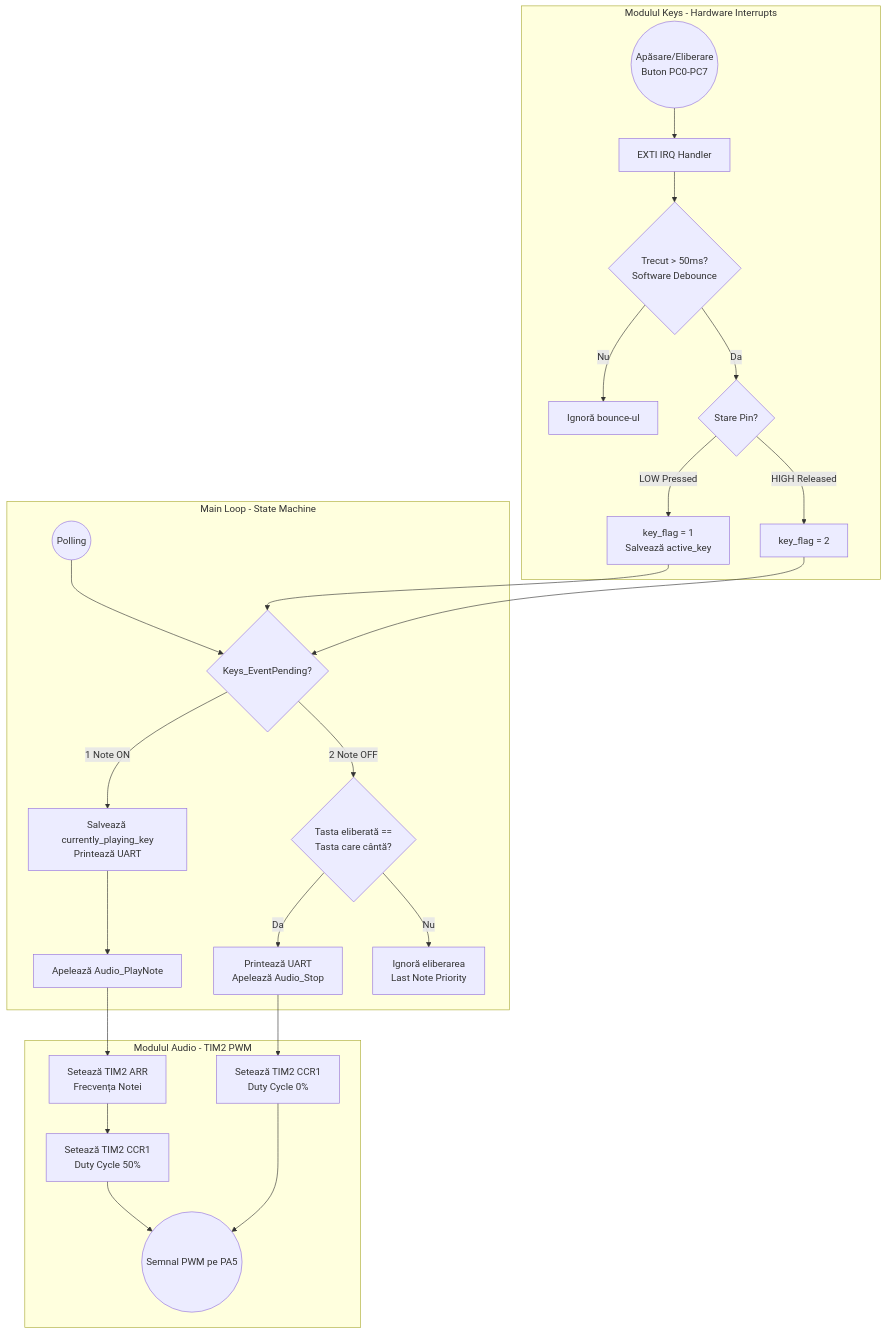
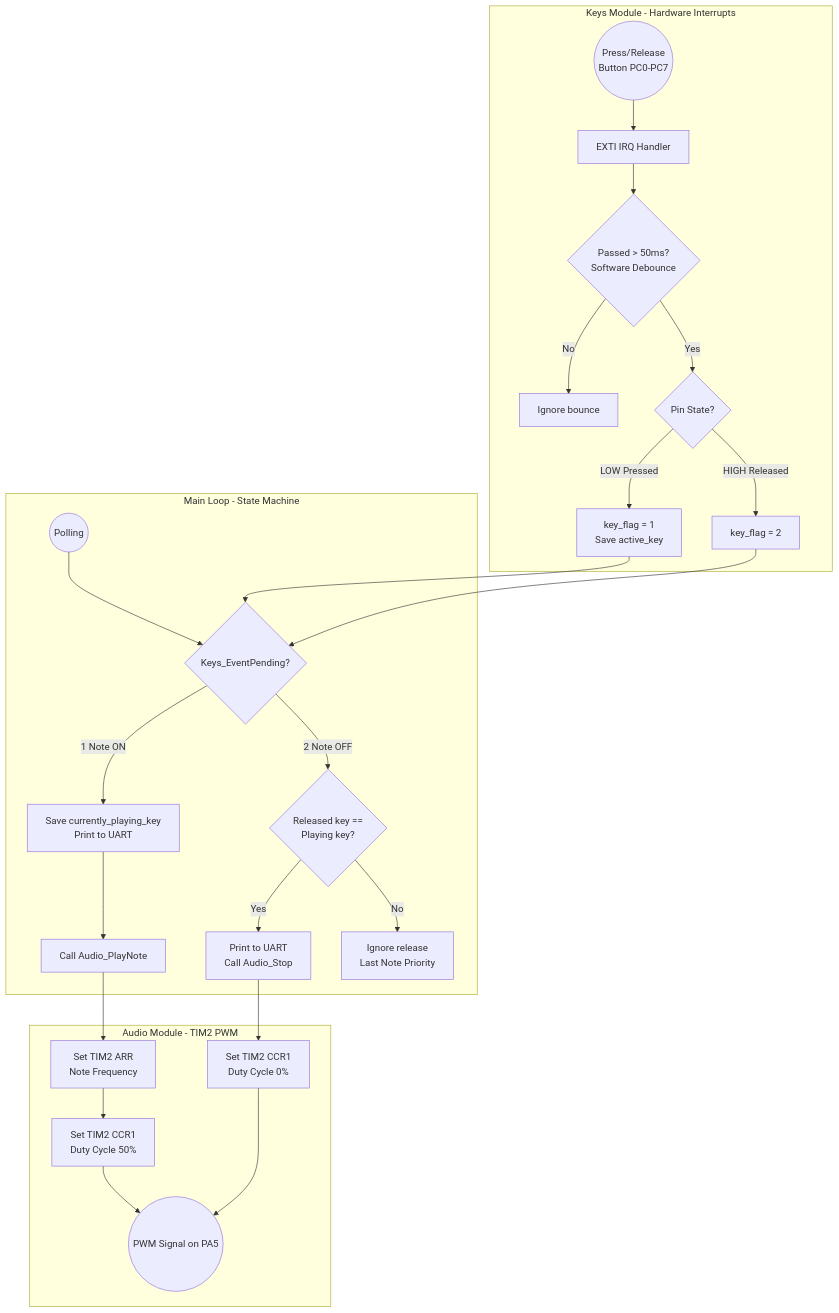
Before and after one commit to mateist04/STM32-MiniPiano: the diagram in README.md, drawn with Mermaid.

Commit message:
Updated the flowchart

````diff
--- a/README.md
+++ b/README.md
@@ -45,36 +45,36 @@
 ```mermaid
 graph TD
-    %% Sectiunea de Hardware / Intreruperi
-    subgraph EXTI [Modulul Keys - Hardware Interrupts]
-        A((Apăsare/Eliberare<br>Buton PC0-PC7)) --> B[EXTI IRQ Handler]
-        B --> C{Trecut > 50ms?<br>Software Debounce}
-        C -- Nu --> D[Ignoră bounce-ul]
-        C -- Da --> E{Stare Pin?}
-        E -- LOW Pressed --> F[key_flag = 1<br>Salvează active_key]
+    %% Hardware / Interrupts Section
+    subgraph EXTI [Keys Module - Hardware Interrupts]
+        A((Press/Release<br>Button PC0-PC7)) --> B[EXTI IRQ Handler]
+        B --> C{Passed > 50ms?<br>Software Debounce}
+        C -- No --> D[Ignore bounce]
+        C -- Yes --> E{Pin State?}
+        E -- LOW Pressed --> F[key_flag = 1<br>Save active_key]
         E -- HIGH Released --> G[key_flag = 2]
     end
 
-    %% Buclei Infinite
+    %% Infinite Loop Section
     subgraph MAIN [Main Loop - State Machine]
         H((Polling)) --> I{Keys_EventPending?}
         F --> I
         G --> I
-        I -- 1 Note ON --> J[Salvează currently_playing_key<br>Printează UART]
-        J --> K[Apelează Audio_PlayNote]
+        I -- 1 Note ON --> J[Save currently_playing_key<br>Print to UART]
+        J --> K[Call Audio_PlayNote]
         
-        I -- 2 Note OFF --> L{Tasta eliberată ==<br>Tasta care cântă?}
-        L -- Da --> M[Printează UART<br>Apelează Audio_Stop]
-        L -- Nu --> N[Ignoră eliberarea<br>Last Note Priority]
+        I -- 2 Note OFF --> L{Released key ==<br>Playing key?}
+        L -- Yes --> M[Print to UART<br>Call Audio_Stop]
+        L -- No --> N[Ignore release<br>Last Note Priority]
     end
 
-    %% Sectiunea Audio / Timere
-    subgraph AUDIO [Modulul Audio - TIM2 PWM]
-        K --> O[Setează TIM2 ARR<br>Frecvența Notei]
-        O --> P[Setează TIM2 CCR1<br>Duty Cycle 50%]
+    %% Audio / Timers Section
+    subgraph AUDIO [Audio Module - TIM2 PWM]
+        K --> O[Set TIM2 ARR<br>Note Frequency]
+        O --> P[Set TIM2 CCR1<br>Duty Cycle 50%]
         
-        M --> Q[Setează TIM2 CCR1<br>Duty Cycle 0%]
+        M --> Q[Set TIM2 CCR1<br>Duty Cycle 0%]
         
-        P --> R((Semnal PWM pe PA5))
+        P --> R((PWM Signal on PA5))
         Q --> R
     end
 ```
````
